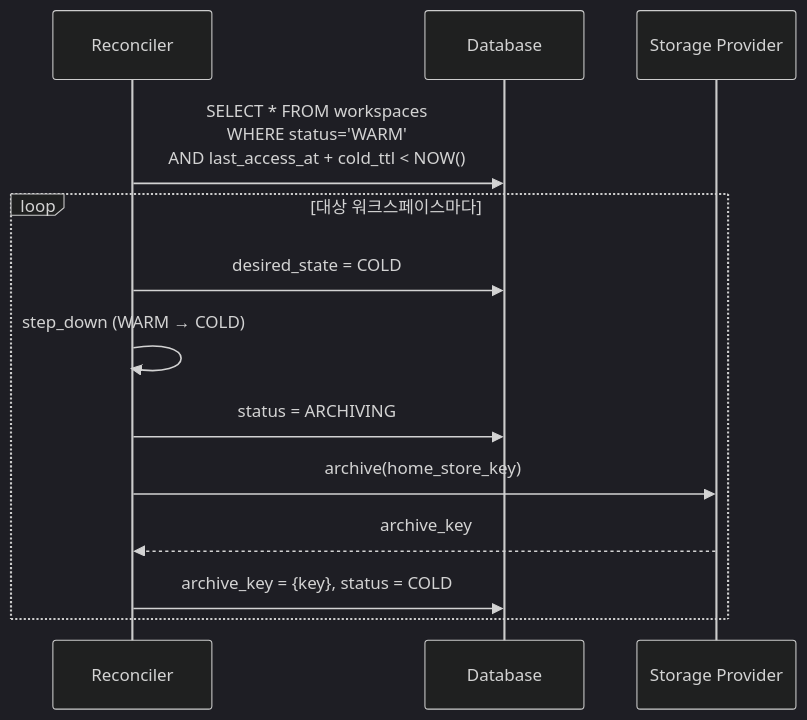
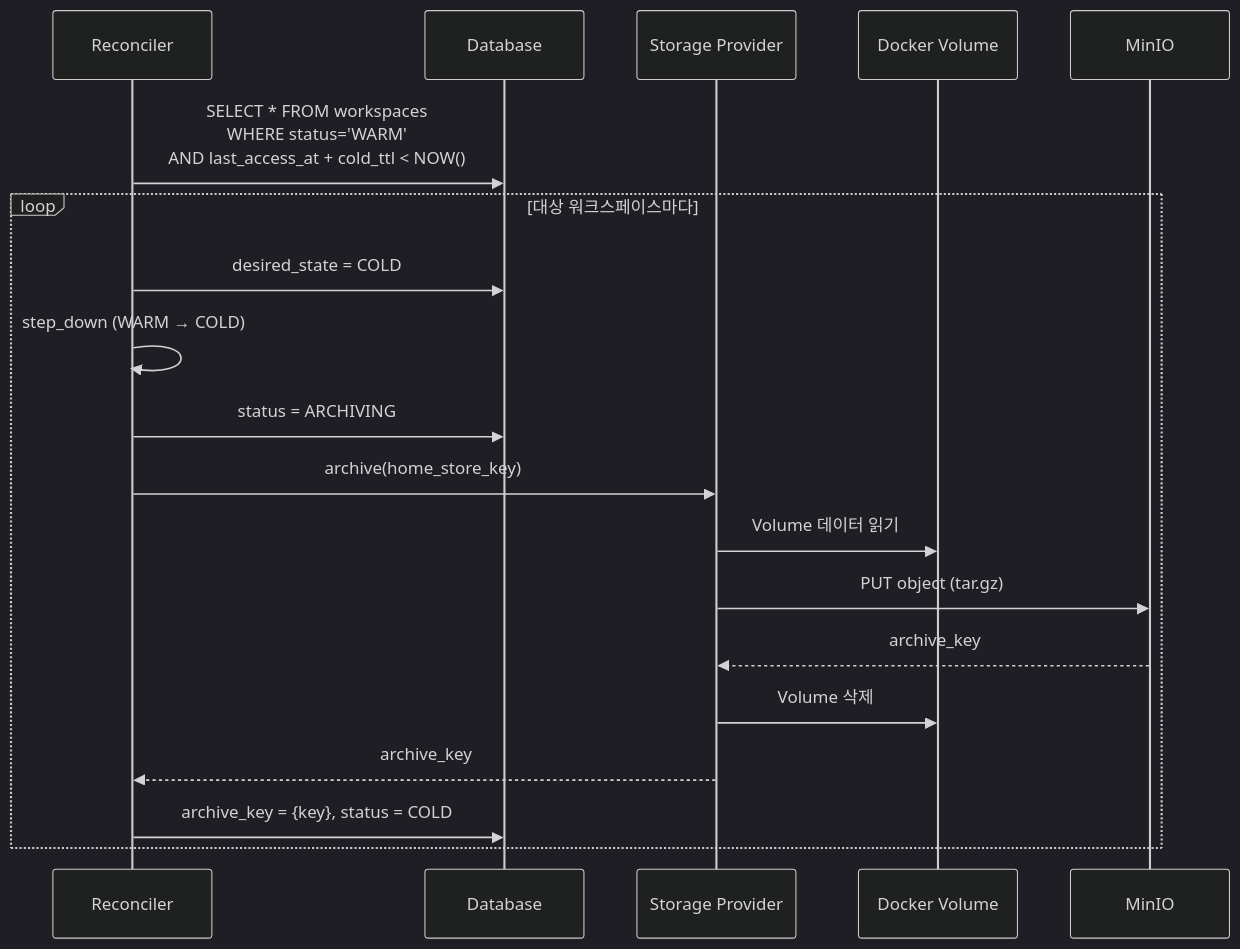
Before and after one commit to cagojeiger/code-hub: the fourth of 10 diagrams in docs/spec_v2/flows.md, drawn with Mermaid (dark theme). The commit also changed other lines of this file, not shown here.

First line of the commit message:
docs(spec_v2): add MinIO and SSE event mechanism to flows

````diff
--- a/docs/spec_v2/flows.md
+++ b/docs/spec_v2/flows.md
@@ -137,17 +137,23 @@
 ```mermaid
 sequenceDiagram
     participant R as Reconciler
     participant DB as Database
     participant S as Storage Provider
+    participant V as Docker Volume
+    participant M as MinIO
 
     R->>DB: SELECT * FROM workspaces<br/>WHERE status='WARM'<br/>AND last_access_at + cold_ttl < NOW()
 
     loop 대상 워크스페이스마다
         R->>DB: desired_state = COLD
         R->>R: step_down (WARM → COLD)
         R->>DB: status = ARCHIVING
         R->>S: archive(home_store_key)
+        S->>V: Volume 데이터 읽기
+        S->>M: PUT object (tar.gz)
+        M-->>S: archive_key
+        S->>V: Volume 삭제
         S-->>R: archive_key
         R->>DB: archive_key = {key}, status = COLD
     end
 ```
````
